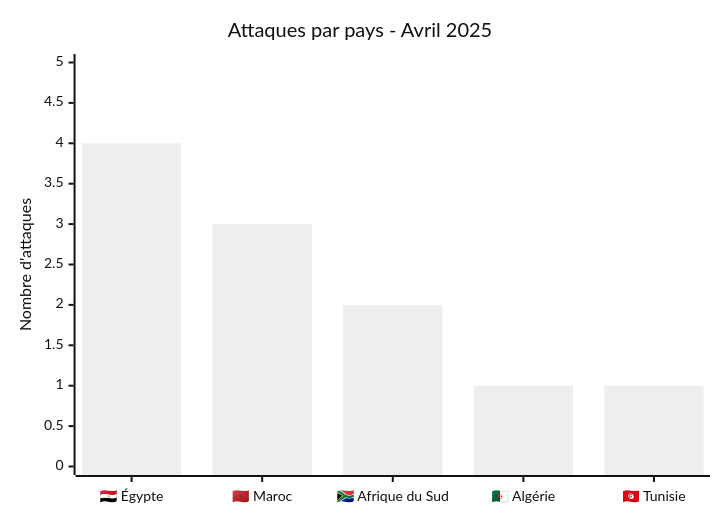
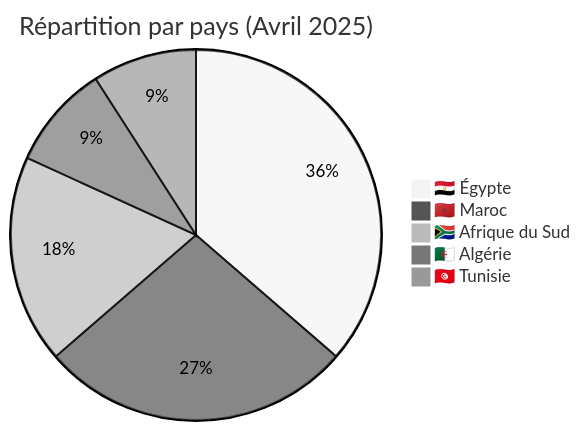
The third of 5 diagrams in reports/2025/04-april/README_FR.md (Hatchepsoute/AFRINTEL), drawn with Mermaid (neutral theme) before and after one commit. The commit also changed other lines of this file and 3 other files, not shown here.

````diff
--- a/reports/2025/04-april/README_FR.md
+++ b/reports/2025/04-april/README_FR.md
@@ -77,7 +80,8 @@
 ```mermaid
-xychart-beta
-    title "Attaques par pays - Avril 2025"
-    x-axis ["🇪🇬 Égypte", "🇲🇦  Maroc", "🇿🇦 Afrique du Sud", "🇩🇿 Algérie", "🇹🇳 Tunisie"]
-    y-axis "Nombre d'attaques" 0 --> 5
-    bar [4, 3, 2, 1, 1]
+pie title Répartition par pays (Avril 2025)
+    "🇪🇬 Égypte" : 4
+    "🇲🇦 Maroc" : 3
+    "🇿🇦 Afrique du Sud" : 2
+    "🇩🇿 Algérie" : 1
+    "🇹🇳 Tunisie" : 1
 ```
````
